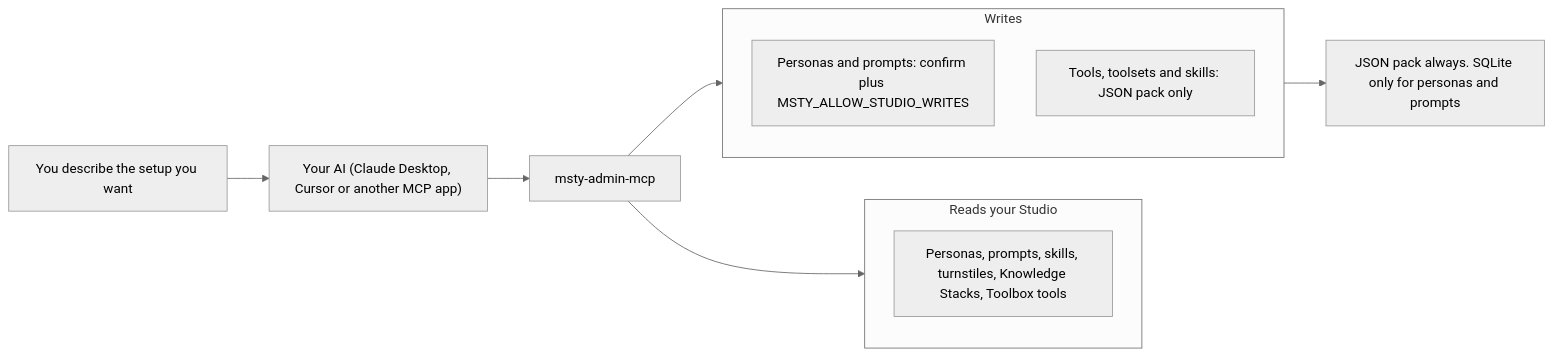
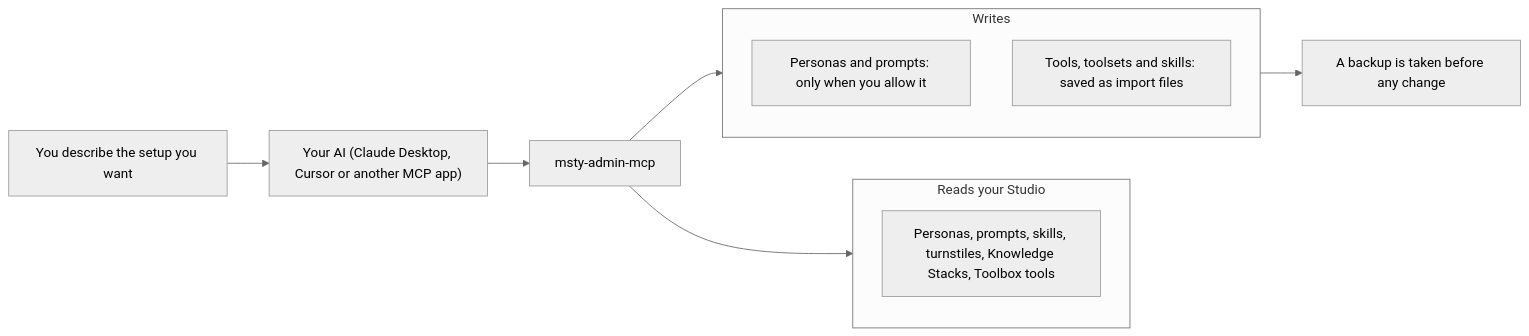
Before and after one commit to M-Pineapple/msty-admin-mcp: the second of 4 diagrams in README.md, drawn with Mermaid (neutral theme). The commit also changed other lines of this file, not shown here.

````diff
--- a/README.md
+++ b/README.md
@@ -49,15 +58,15 @@
 ```mermaid
 flowchart LR
     Y["You describe the setup you want"] --> A["Your AI (Claude Desktop, Cursor or another MCP app)"]
     A --> M["msty-admin-mcp"]
     subgraph Reads["Reads your Studio"]
         I["Personas, prompts, skills, turnstiles, Knowledge Stacks, Toolbox tools"]
     end
     subgraph Writes["Writes"]
-        P["Personas and prompts: confirm plus MSTY_ALLOW_STUDIO_WRITES"]
-        V["Tools, toolsets and skills: JSON pack only"]
+        P["Personas and prompts: only when you allow it"]
+        V["Tools, toolsets and skills: saved as import files"]
     end
     M --> Reads
     M --> Writes
-    Writes --> X["JSON pack always. SQLite only for personas and prompts"]
+    Writes --> X["A backup is taken before any change"]
 ```
````
